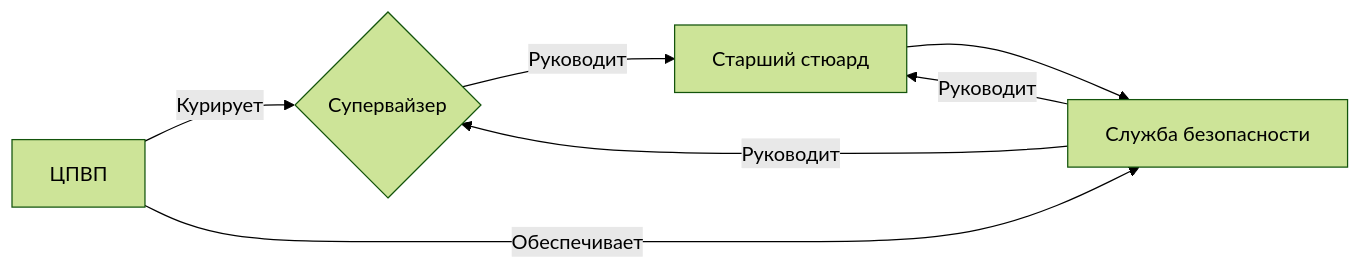
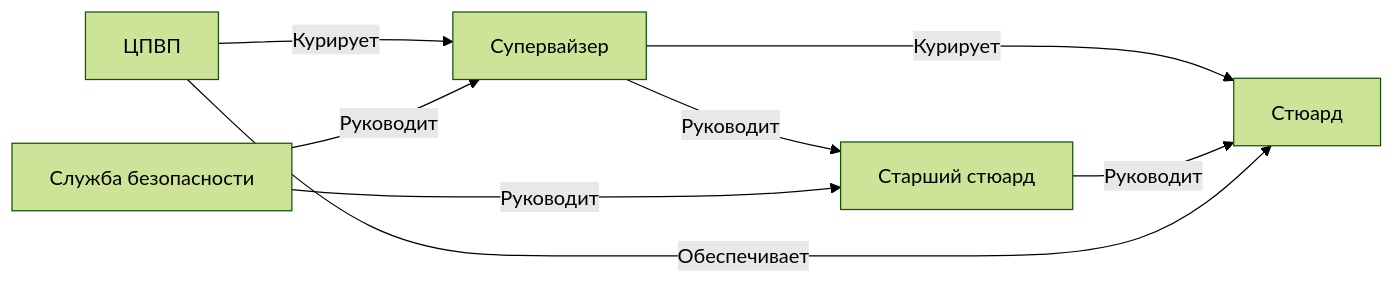
The diagram in docs/articles/basic/management.md (Callistoboy/stewards-a-book-test), drawn with Mermaid (forest theme) before and after one commit. The commit also changed other lines of this file, not shown here.

````diff
--- a/docs/articles/basic/management.md
+++ b/docs/articles/basic/management.md
@@ -39,9 +52,10 @@
 ``` mermaid
 graph LR
-  A[ЦПВП] -->|Курирует| B{Супервайзер};
+  A[ЦПВП] -->|Курирует| B[Супервайзер];
   B -->|Руководит| C[Старший стюард];
-  C --> D[Стюард];
+  B -->|Курирует| E[Стюард];
+  C -->|Руководит| E;
   D[Служба безопасности] -->|Руководит| B;
   D[Служба безопасности] -->|Руководит| C;
-  A -->|Обеспечивает| D;
+  A -->|Обеспечивает| E;
 ```
````
